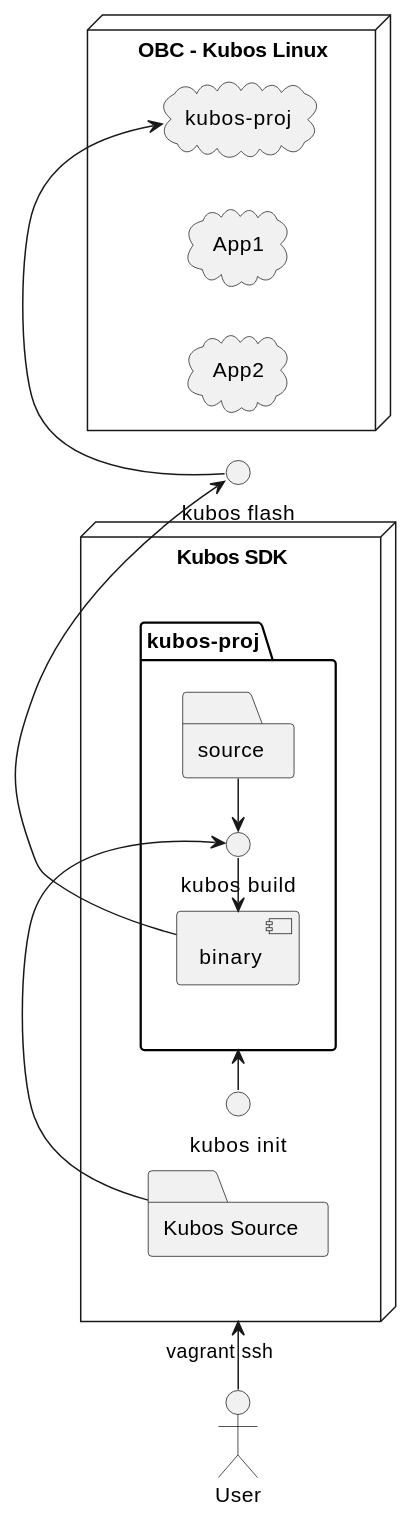
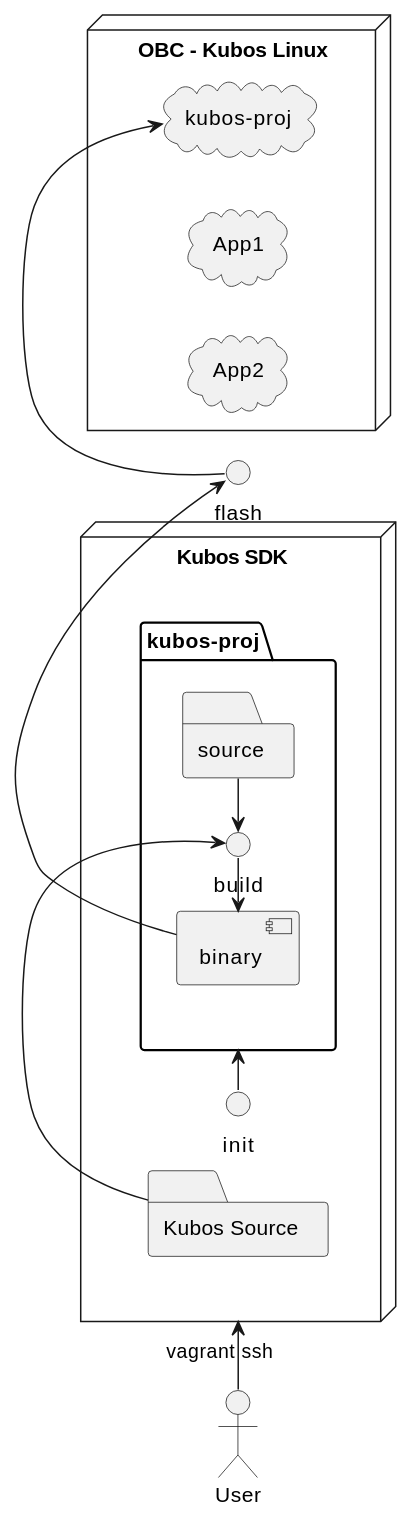
Before and after one commit to kubos/kubos: the diagram in docs/sdk-docs/index.rst, drawn with PlantUML. The commit also changed other lines of this file and 20 other files, not shown here.

```diff
--- a/docs/sdk-docs/index.rst
+++ b/docs/sdk-docs/index.rst
@@ -14,36 +12,36 @@
 .. uml::
 
     @startuml
     left to right direction
 
     actor User
 
     node "Kubos SDK" as sdk{
-        () "kubos init" as init
+        () "init" as init
         folder "kubos-proj" as proj {
             folder source {
             }
-            () "kubos build" as build
+            () "build" as build
             [binary]
         }
         folder "Kubos Source" as k_source {
         }
     }
 
-    () "kubos flash" as flash
+    () "flash" as flash
 
     node "OBC - Kubos Linux" {
         cloud "kubos-proj" as application
         cloud "App1"
         cloud "App2"
     }
 
     User -> sdk : vagrant ssh
     init -> proj
     k_source -> build
     build <- source
     [binary] <- build
     [binary] -> flash
     flash -> application
 
     @enduml
```
